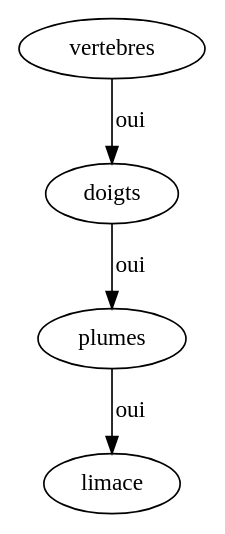
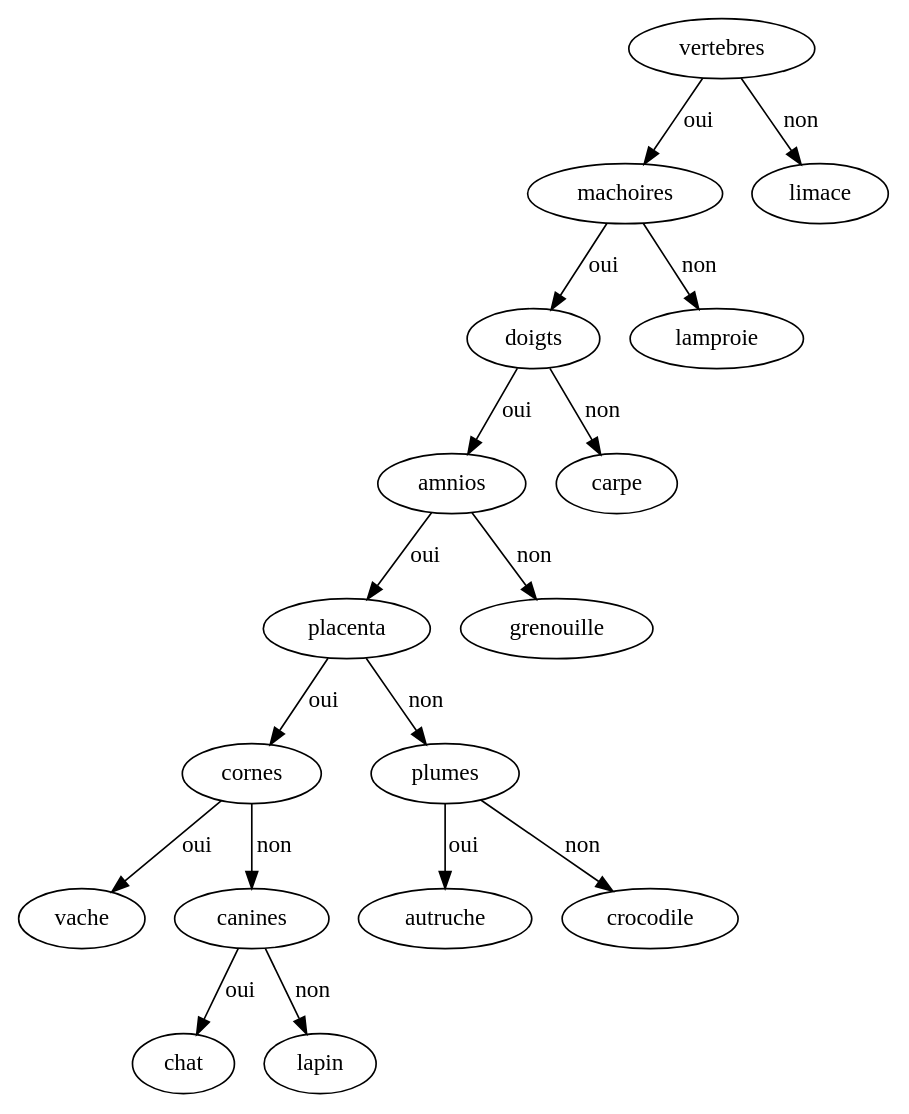
The diagram in APP3/arbre.dot (Nogesma/INF301-APP), drawn with Graphviz before and after one commit. The commit also changed 3 other files, not shown here.

```diff
--- a/APP3/arbre.dot
+++ b/APP3/arbre.dot
@@ -1,5 +1,18 @@
 digraph arbre {
-vertebres -> doigts [label = "oui"]
-doigts -> plumes [label = "oui"]
-plumes -> limace [label = "oui"]
+vertebres -> machoires [label = "oui"]
+machoires -> doigts [label = "oui"]
+doigts -> amnios [label = "oui"]
+amnios -> placenta [label = "oui"]
+placenta -> cornes [label = "oui"]
+cornes -> vache [label = "oui"]
+cornes -> canines [label = "non"]
+canines -> chat [label = "oui"]
+canines -> lapin [label = "non"]
+placenta -> plumes [label = "non"]
+plumes -> autruche [label = "oui"]
+plumes -> crocodile [label = "non"]
+amnios -> grenouille [label = "non"]
+doigts -> carpe [label = "non"]
+machoires -> lamproie [label = "non"]
+vertebres -> limace [label = "non"]
 }
```
